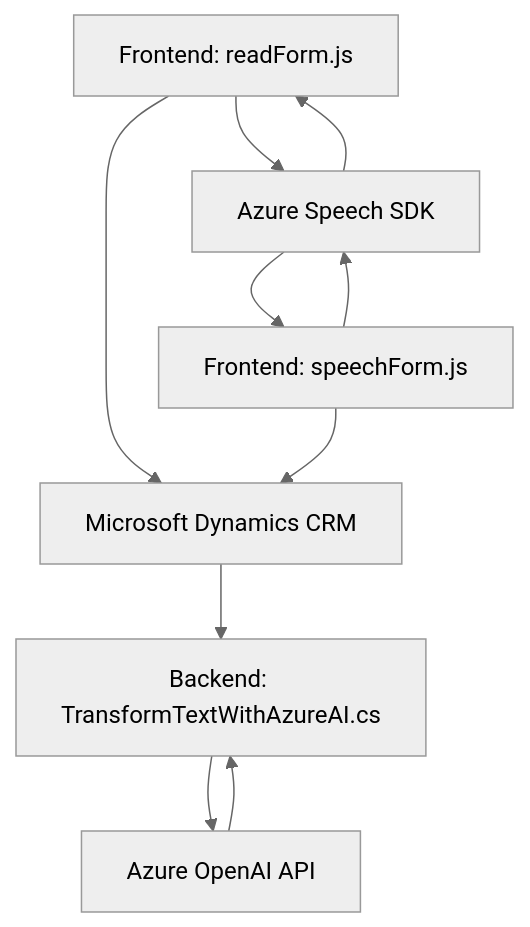
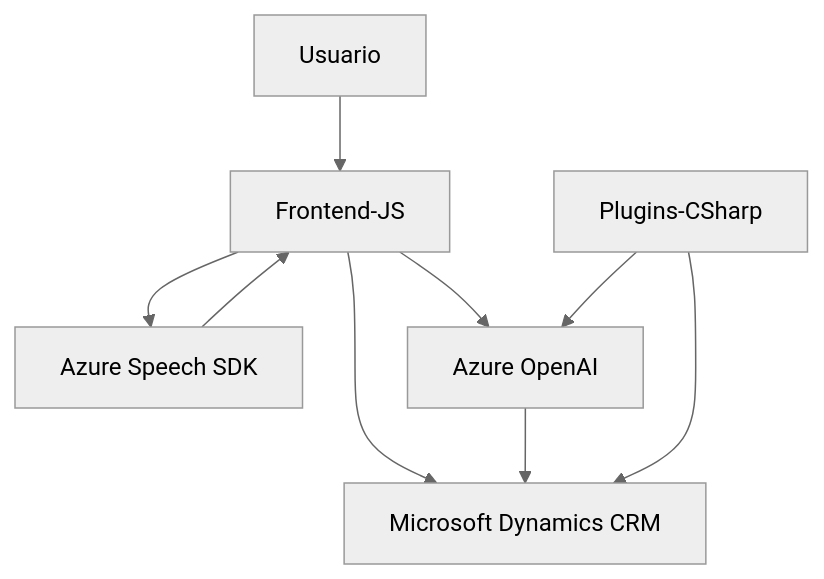
Before and after one commit to blopezdm/NETCORE_BILBAO2025: the diagram in README.md, drawn with Mermaid (neutral theme). The commit also changed other lines of this file, not shown here.

````diff
--- a/README.md
+++ b/README.md
@@ -41,19 +30,18 @@
 ```mermaid
 graph TD
-    A["Frontend: readForm.js"]
-    B["Frontend: speechForm.js"]
-    C["Backend: TransformTextWithAzureAI.cs"]
-    D["Azure Speech SDK"]
-    E["Azure OpenAI API"]
-    F["Microsoft Dynamics CRM"]
+A["Usuario"]
+B["Frontend-JS"]
+C["Plugins-CSharp"]
+D["Azure Speech SDK"]
+E["Azure OpenAI"]
+F["Microsoft Dynamics CRM"]
 
-    A --> D
-    B --> D
-    D --> B
-    D --> A
-    A --> F
-    B --> F
-    F --> C
-    C --> E
-    E --> C
+A --> B
+B --> D
+D --> B
+B --> F
+B --> E
+E --> F
+C --> E
+C --> F
 ```
````
